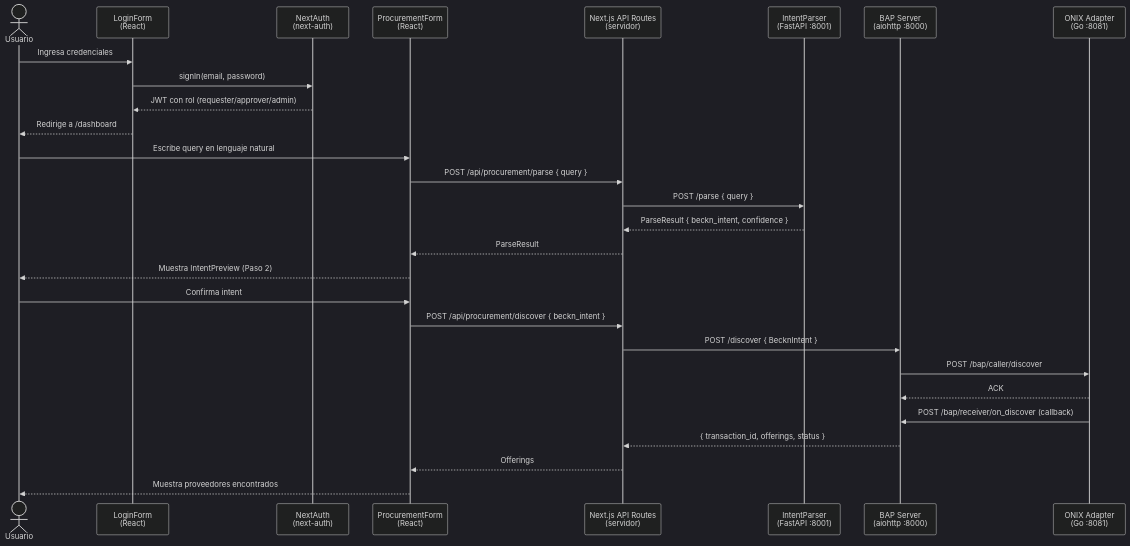
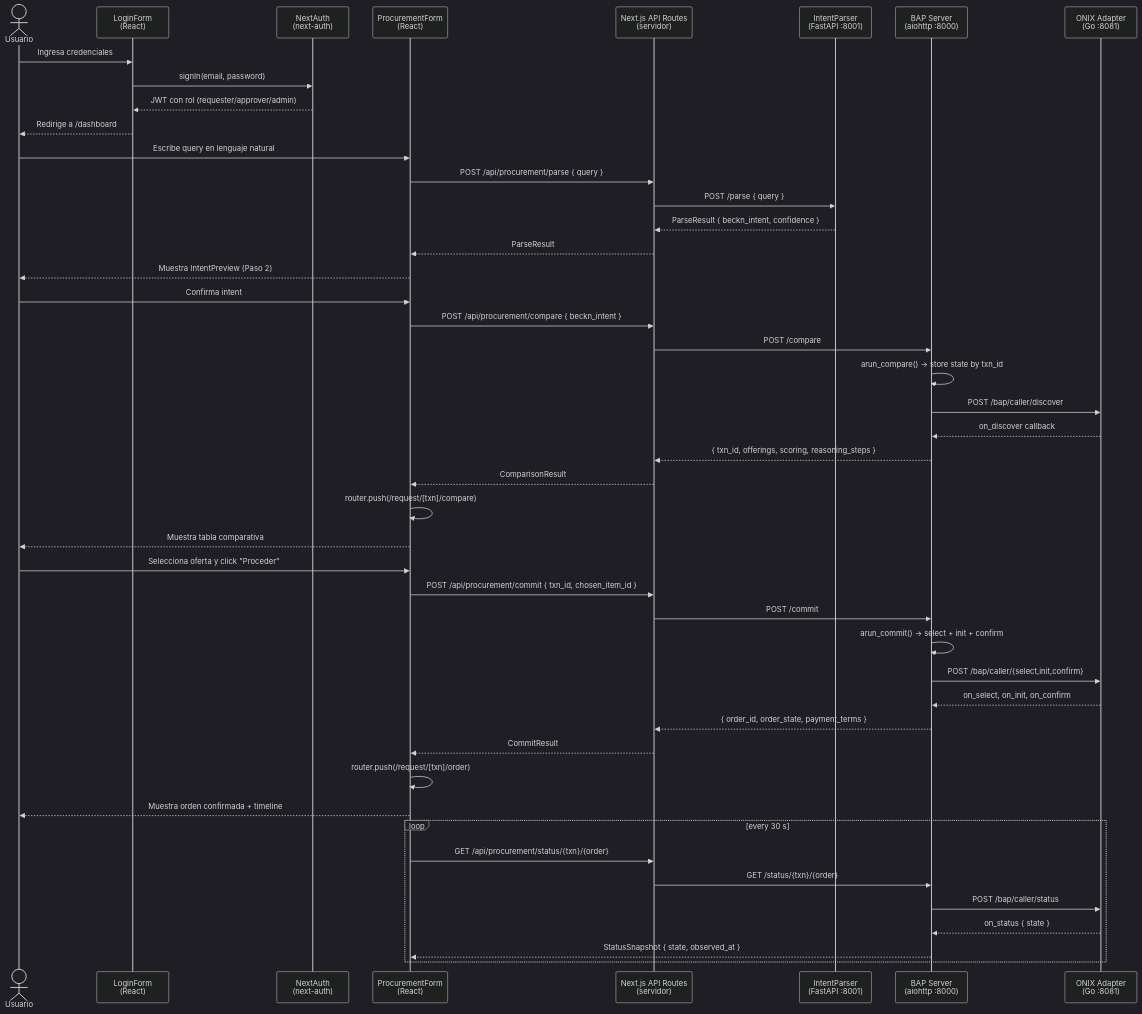
Before and after one commit to CARBAJE/Procurement-Agent: the first of 8 diagrams in frontend/docs/sequence-diagrams.md, drawn with Mermaid (dark theme). The commit also changed other lines of this file and 45 other files, not shown here.

Commit message:
feat: add provider comparison UI and full quote-to-order flow

````diff
--- a/frontend/docs/sequence-diagrams.md
+++ b/frontend/docs/sequence-diagrams.md
@@ -10,33 +10,53 @@
 ```mermaid
 sequenceDiagram
     actor U as Usuario
     participant LF as LoginForm<br/>(React)
     participant NA as NextAuth<br/>(next-auth)
     participant PF as ProcurementForm<br/>(React)
     participant NX as Next.js API Routes<br/>(servidor)
     participant IP as IntentParser<br/>(FastAPI :8001)
     participant BAP as BAP Server<br/>(aiohttp :8000)
     participant ONIX as ONIX Adapter<br/>(Go :8081)
 
     U->>LF: Ingresa credenciales
     LF->>NA: signIn(email, password)
     NA-->>LF: JWT con rol (requester/approver/admin)
     LF-->>U: Redirige a /dashboard
 
     U->>PF: Escribe query en lenguaje natural
     PF->>NX: POST /api/procurement/parse { query }
     NX->>IP: POST /parse { query }
     IP-->>NX: ParseResult { beckn_intent, confidence }
     NX-->>PF: ParseResult
     PF-->>U: Muestra IntentPreview (Paso 2)
 
     U->>PF: Confirma intent
-    PF->>NX: POST /api/procurement/discover { beckn_intent }
-    NX->>BAP: POST /discover { BecknIntent }
+    PF->>NX: POST /api/procurement/compare { beckn_intent }
+    NX->>BAP: POST /compare
+    BAP->>BAP: arun_compare() → store state by txn_id
     BAP->>ONIX: POST /bap/caller/discover
-    ONIX-->>BAP: ACK
-    ONIX->>BAP: POST /bap/receiver/on_discover (callback)
-    BAP-->>NX: { transaction_id, offerings, status }
-    NX-->>PF: Offerings
-    PF-->>U: Muestra proveedores encontrados
+    ONIX-->>BAP: on_discover callback
+    BAP-->>NX: { txn_id, offerings, scoring, reasoning_steps }
+    NX-->>PF: ComparisonResult
+    PF->>PF: router.push(/request/[txn]/compare)
+    PF-->>U: Muestra tabla comparativa
+
+    U->>PF: Selecciona oferta y click "Proceder"
+    PF->>NX: POST /api/procurement/commit { txn_id, chosen_item_id }
+    NX->>BAP: POST /commit
+    BAP->>BAP: arun_commit() → select + init + confirm
+    BAP->>ONIX: POST /bap/caller/{select,init,confirm}
+    ONIX-->>BAP: on_select, on_init, on_confirm
+    BAP-->>NX: { order_id, order_state, payment_terms }
+    NX-->>PF: CommitResult
+    PF->>PF: router.push(/request/[txn]/order)
+    PF-->>U: Muestra orden confirmada + timeline
+
+    loop every 30 s
+        PF->>NX: GET /api/procurement/status/{txn}/{order}
+        NX->>BAP: GET /status/{txn}/{order}
+        BAP->>ONIX: POST /bap/caller/status
+        ONIX-->>BAP: on_status { state }
+        BAP-->>PF: StatusSnapshot { state, observed_at }
+    end
 ```
````
